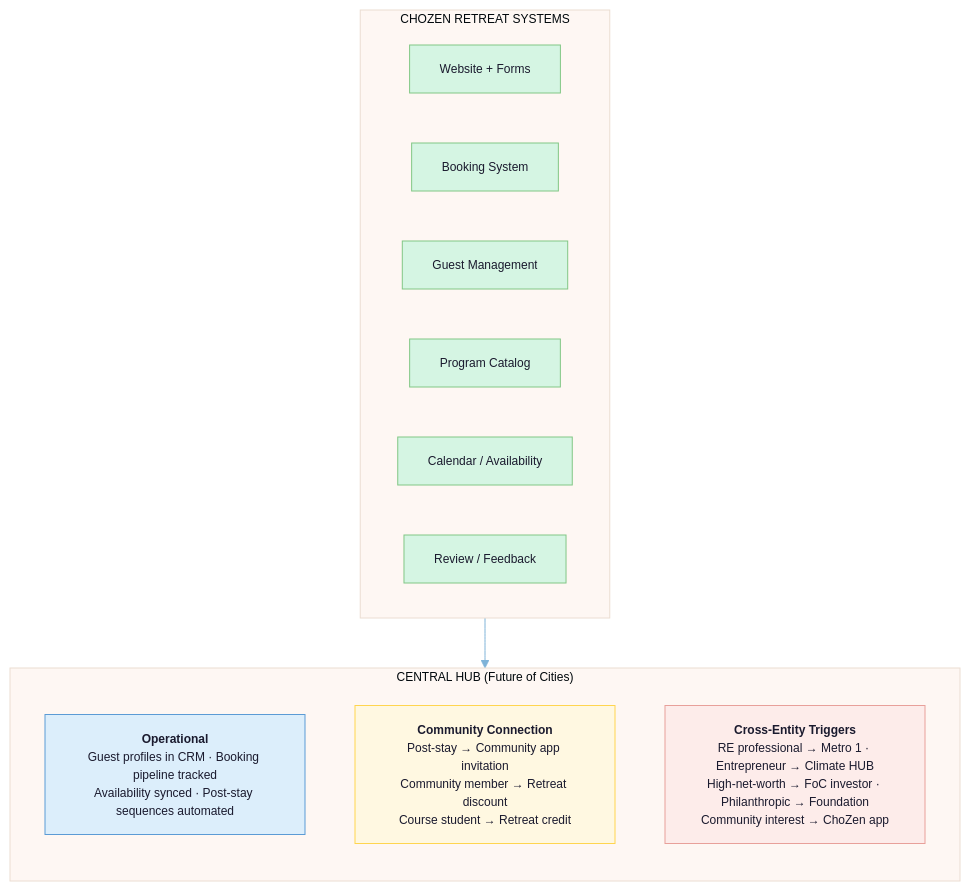
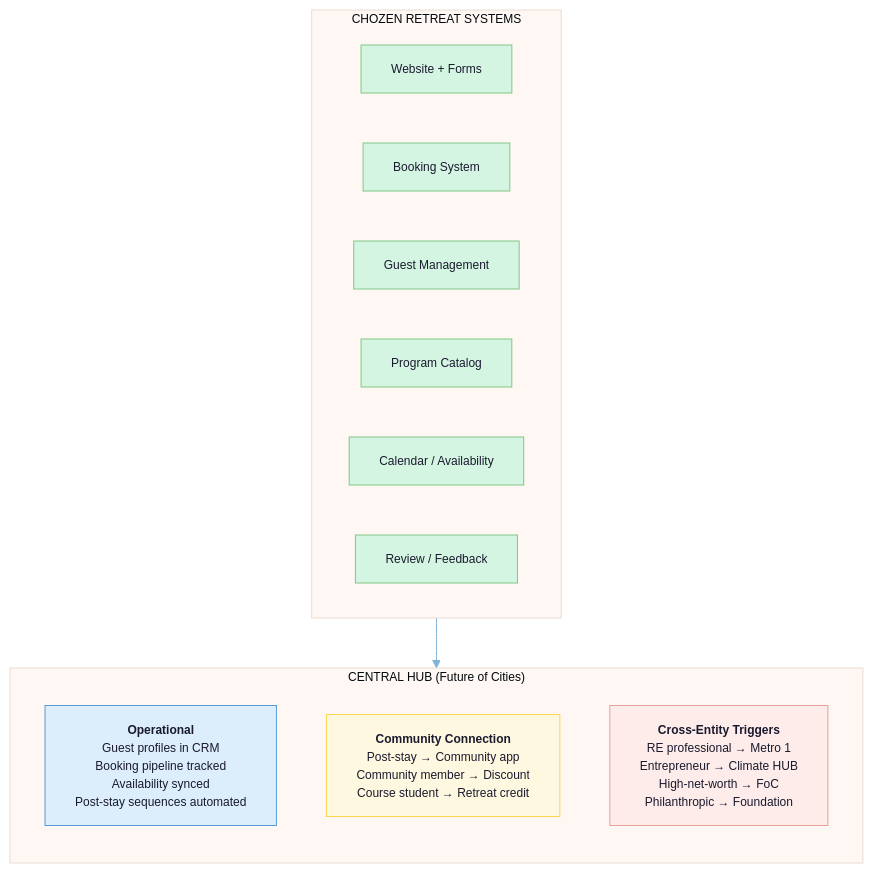
Before and after one commit to Light-Brands/qie: diagram 11 of 30 in legal-vault/proposals/cho-ventures-master-project-plan-2026-02-25.md, drawn with Mermaid. The commit also changed other lines of this file, not shown here.

First line of the commit message:
Fix Mermaid diagram text overflow: break long node labels into shorter lines

````diff
--- a/legal-vault/proposals/cho-ventures-master-project-plan-2026-02-25.md
+++ b/legal-vault/proposals/cho-ventures-master-project-plan-2026-02-25.md
@@ -969,27 +969,27 @@
 ```mermaid
 %%{init: {'theme': 'base', 'themeVariables': {'primaryColor': '#DCEEFB', 'primaryTextColor': '#1a1a2e', 'lineColor': '#7FB3D8', 'fontSize': '12px'}}}%%
 flowchart TB
     classDef entity fill:#D5F5E3,stroke:#82C785,color:#1a1a2e
     classDef hub fill:#DCEEFB,stroke:#5B9BD5,color:#1a1a2e
     classDef community fill:#FFF8E1,stroke:#FFD54F,color:#1a1a2e
     classDef trigger fill:#FDECEA,stroke:#E8A09A,color:#1a1a2e
 
     subgraph CHOZEN["CHOZEN RETREAT SYSTEMS"]
         direction LR
         WEB["Website + Forms"]:::entity
         BOOK["Booking System"]:::entity
         GUEST["Guest Management"]:::entity
         PROG["Program Catalog"]:::entity
         CAL["Calendar / Availability"]:::entity
         REV["Review / Feedback"]:::entity
     end
 
     subgraph HUB["CENTRAL HUB (Future of Cities)"]
         direction TB
-        OPS["<b>Operational</b><br/>Guest profiles in CRM · Booking pipeline tracked<br/>Availability synced · Post-stay sequences automated"]:::hub
-        COMM["<b>Community Connection</b><br/>Post-stay → Community app invitation<br/>Community member → Retreat discount<br/>Course student → Retreat credit"]:::community
-        CROSS["<b>Cross-Entity Triggers</b><br/>RE professional → Metro 1 · Entrepreneur → Climate HUB<br/>High-net-worth → FoC investor · Philanthropic → Foundation<br/>Community interest → ChoZen app"]:::trigger
+        OPS["<b>Operational</b><br/>Guest profiles in CRM<br/>Booking pipeline tracked<br/>Availability synced<br/>Post-stay sequences automated"]:::hub
+        COMM["<b>Community Connection</b><br/>Post-stay → Community app<br/>Community member → Discount<br/>Course student → Retreat credit"]:::community
+        CROSS["<b>Cross-Entity Triggers</b><br/>RE professional → Metro 1<br/>Entrepreneur → Climate HUB<br/>High-net-worth → FoC<br/>Philanthropic → Foundation"]:::trigger
     end
 
     CHOZEN --> HUB
 ```
````
